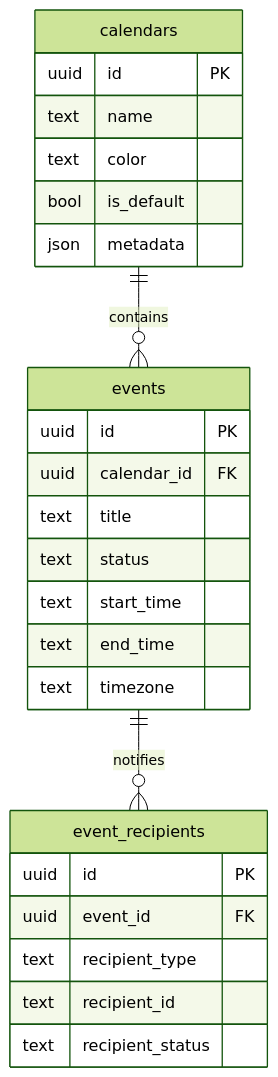
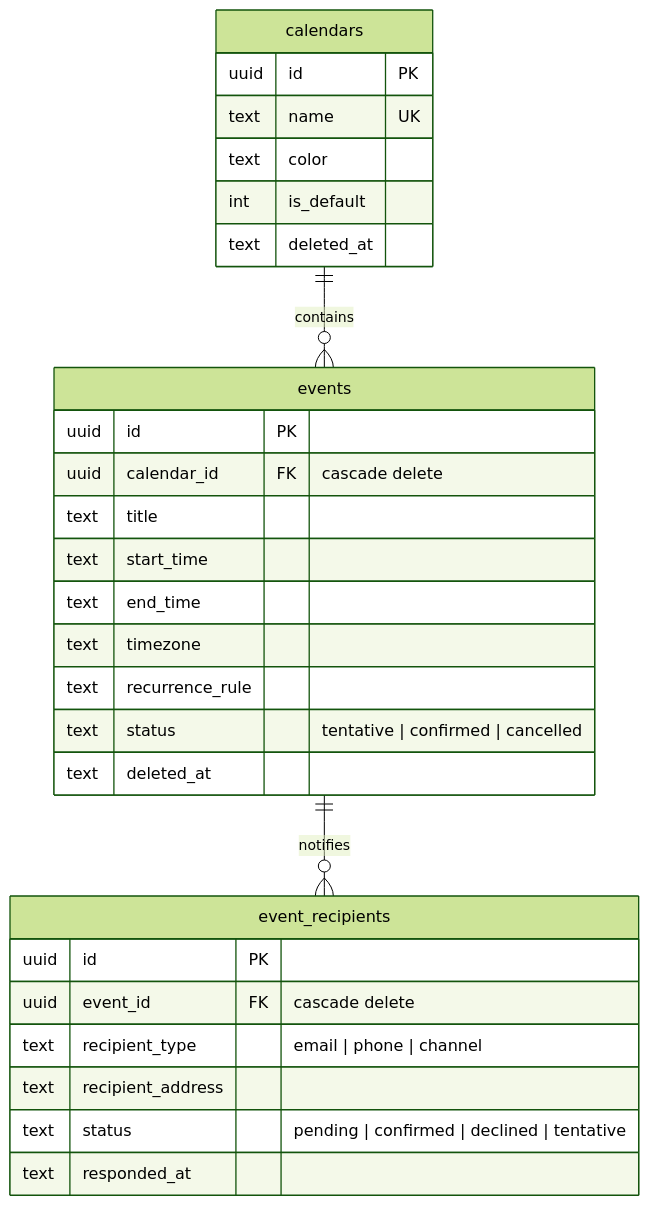
One commit to mike-crabcat/bob changed the seventh of 10 diagrams in docs/datamodel.md. Above: the diagram before and after it, drawn with Mermaid (forest theme). The commit also changed other lines of this file and 8 other files, not shown here.

````diff
--- a/docs/datamodel.md
+++ b/docs/datamodel.md
@@ -226,29 +416,32 @@
 ```mermaid
 erDiagram
     calendars ||--o{ events : "contains"
     events ||--o{ event_recipients : "notifies"
 
     calendars {
         uuid id PK
-        text name
+        text name UK
         text color
-        bool is_default
-        json metadata
+        int is_default
+        text deleted_at
     }
     events {
         uuid id PK
-        uuid calendar_id FK
+        uuid calendar_id FK "cascade delete"
         text title
-        text status
         text start_time
         text end_time
         text timezone
+        text recurrence_rule
+        text status "tentative | confirmed | cancelled"
+        text deleted_at
     }
     event_recipients {
         uuid id PK
-        uuid event_id FK
-        text recipient_type
-        text recipient_id
-        text recipient_status
+        uuid event_id FK "cascade delete"
+        text recipient_type "email | phone | channel"
+        text recipient_address
+        text status "pending | confirmed | declined | tentative"
+        text responded_at
     }
 ```
````
